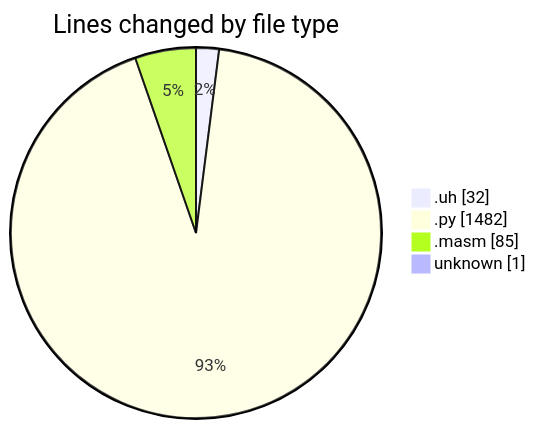
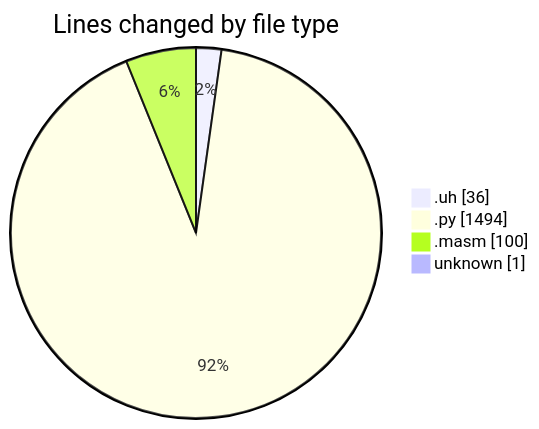
One commit to charlie-sans/code-tracking changed the first of 2 diagrams in 2025-04-29/uhigh-lang/README.md. Above: the diagram before and after it, drawn with Mermaid. The commit also changed other lines of this file and 1 other file, not shown here.

````diff
--- a/2025-04-29/uhigh-lang/README.md
+++ b/2025-04-29/uhigh-lang/README.md
@@ -26,8 +26,8 @@
 ```mermaid
 pie showData
 title Lines changed by file type
-".uh" : 32
-".py" : 1482
-".masm" : 85
+".uh" : 36
+".py" : 1494
+".masm" : 100
 "unknown" : 1
 ```
````
